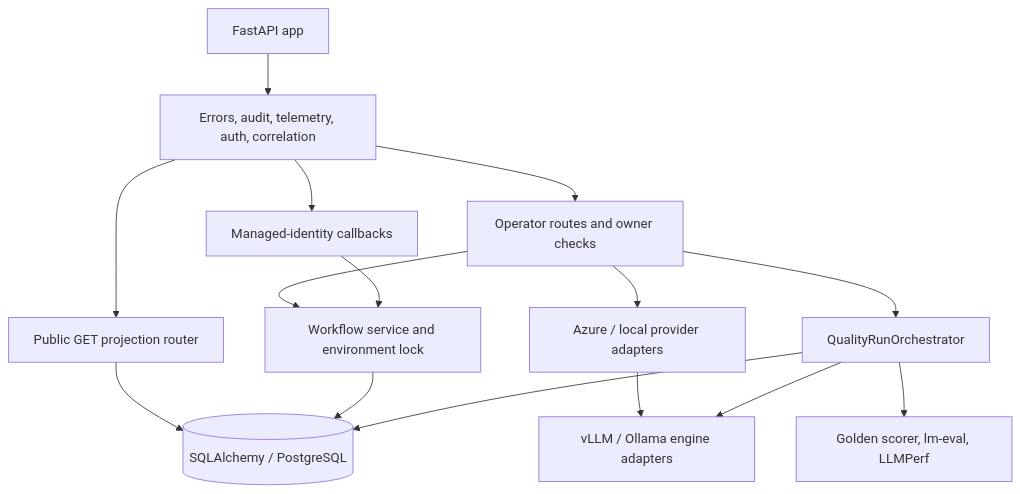
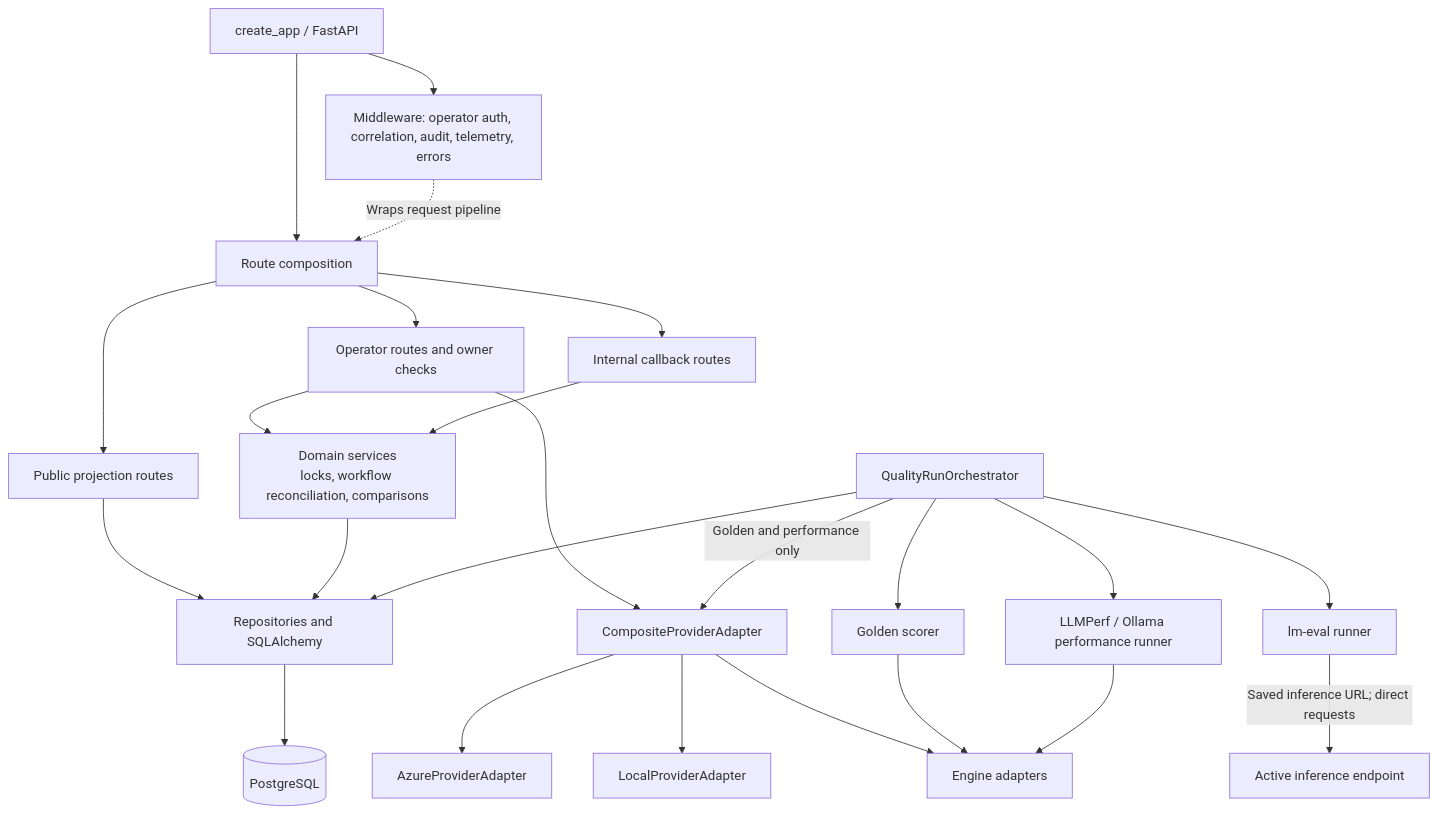
The second of 4 diagrams in docs/architecture/COMPONENTS.md (ribumann/llmserving), drawn with Mermaid before and after one commit. The commit also changed other lines of this file and 6 other files, not shown here.

Commit message:
docs: complete C4 architecture guide

````diff
--- a/docs/architecture/COMPONENTS.md
+++ b/docs/architecture/COMPONENTS.md
@@ -47,28 +62,44 @@
 ```mermaid
 flowchart TB
-    HTTP["FastAPI app"]
-    Middleware["Errors, audit, telemetry, auth, correlation"]
-    Public["Public GET projection router"]
-    Operator["Operator routes and owner checks"]
-    Internal["Managed-identity callbacks"]
-    Domain["Workflow service and environment lock"]
-    Provider["Azure / local provider adapters"]
-    Engine["vLLM / Ollama engine adapters"]
+    App["create_app / FastAPI"]
+    Crosscut["Middleware: operator auth, correlation, audit, telemetry, errors"]
+    Routes["Route composition"]
+    Public["Public projection routes"]
+    User["Operator routes and owner checks"]
+    Internal["Internal callback routes"]
+    Services["Domain services<br/>locks, workflow reconciliation, comparisons"]
+    Providers["CompositeProviderAdapter"]
+    Azure["AzureProviderAdapter"]
+    Local["LocalProviderAdapter"]
+    Engines["Engine adapters"]
     Runs["QualityRunOrchestrator"]
-    Tools["Golden scorer, lm-eval, LLMPerf"]
-    DB[("SQLAlchemy / PostgreSQL")]
-    HTTP --> Middleware
-    Middleware --> Public
-    Middleware --> Operator
-    Middleware --> Internal
-    Public --> DB
-    Operator --> Domain
-    Internal --> Domain
-    Domain --> DB
-    Operator --> Provider
-    Provider --> Engine
-    Operator --> Runs
-    Runs --> Tools
-    Runs --> Engine
-    Runs --> DB
+    Golden["Golden scorer"]
+    Benchmark["lm-eval runner"]
+    Performance["LLMPerf / Ollama performance runner"]
+    Model["Active inference endpoint"]
+    Repos["Repositories and SQLAlchemy"]
+    DB[("PostgreSQL")]
+    App --> Crosscut
+    App --> Routes
+    Routes --> Public
+    Routes --> User
+    Routes --> Internal
+    Crosscut -.->|Wraps request pipeline| Routes
+    Public --> Repos
+    User --> Services
+    Internal --> Services
+    Services --> Repos
+    User --> Providers
+    Providers --> Azure
+    Providers --> Local
+    Providers --> Engines
+    Runs --> Golden
+    Runs --> Benchmark
+    Runs --> Performance
+    Runs -->|Golden and performance only| Providers
+    Golden --> Engines
+    Performance --> Engines
+    Benchmark -->|Saved inference URL; direct requests| Model
+    Runs --> Repos
+    Repos --> DB
 ```
````
